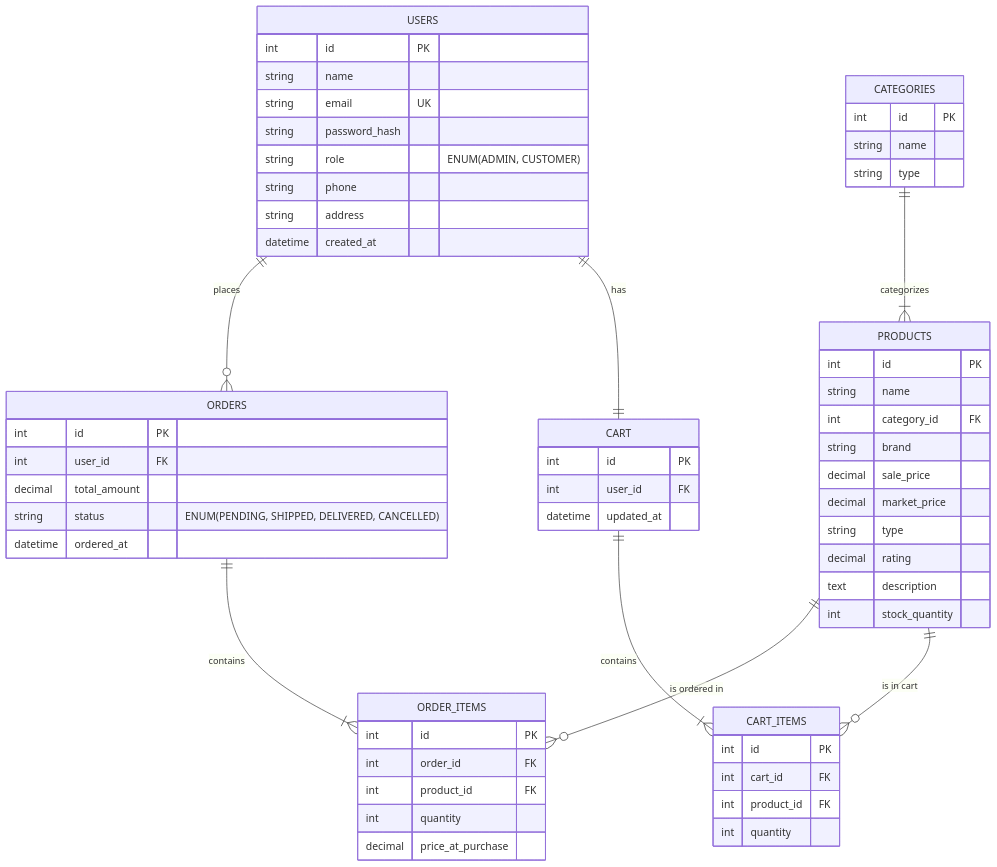
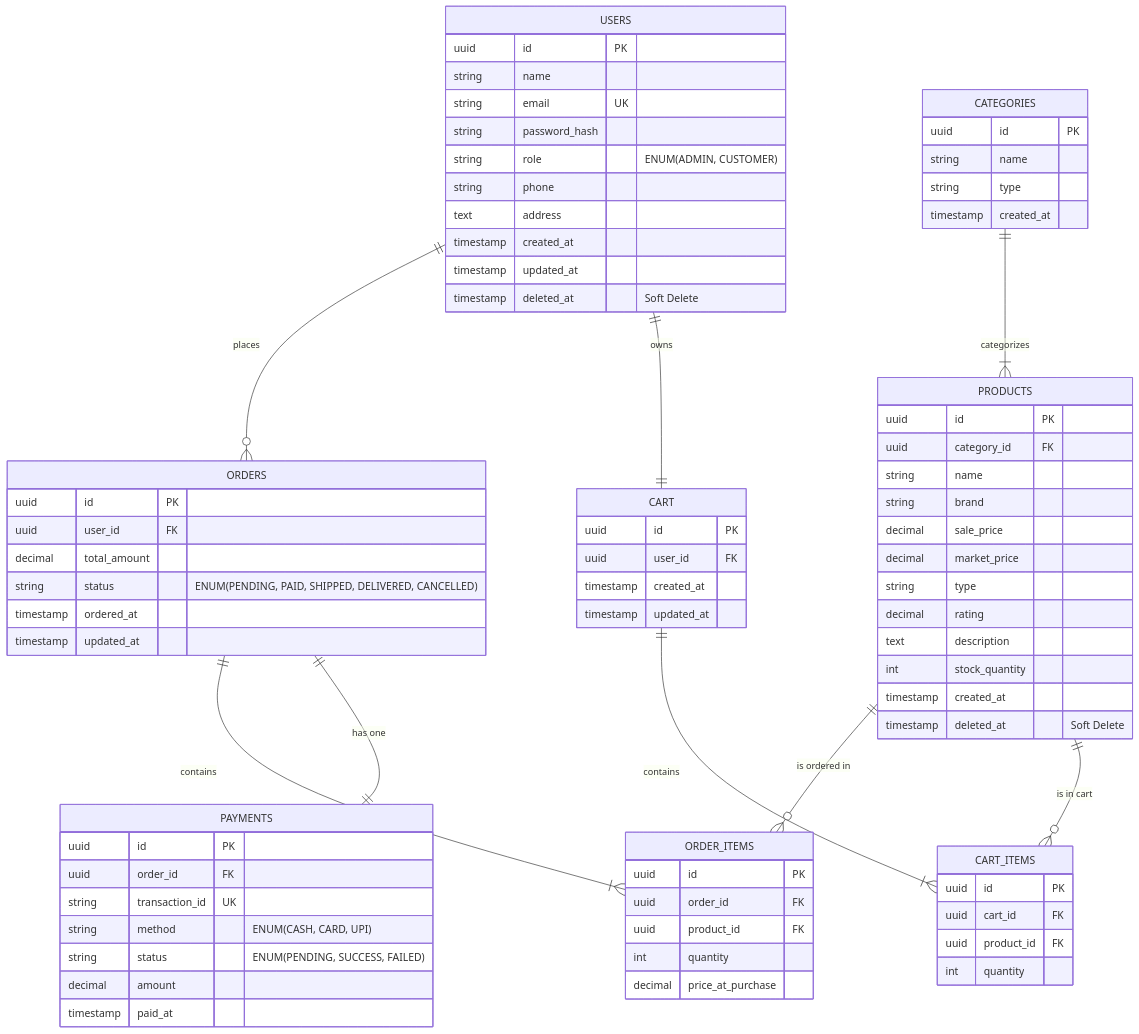
The diagram in ErDiagram.md (surajkewat72/Kirana), drawn with Mermaid before and after one commit. The commit also changed other lines of this file and 4 other files, not shown here.

Commit message:
working on  ArchitectureDesign and  DatabaseDesig

````diff
--- a/ErDiagram.md
+++ b/ErDiagram.md
@@ -3,20 +5,22 @@
 ```mermaid
 erDiagram
     USERS {
-        int id PK
+        uuid id PK
         string name
         string email UK
         string password_hash
         string role "ENUM(ADMIN, CUSTOMER)"
         string phone
-        string address
-        datetime created_at
+        text address
+        timestamp created_at
+        timestamp updated_at
+        timestamp deleted_at "Soft Delete"
     }
 
     PRODUCTS {
-        int id PK
+        uuid id PK
+        uuid category_id FK
         string name
-        int category_id FK
         string brand
         decimal sale_price
         decimal market_price
@@ -24,48 +28,64 @@
         decimal rating
         text description
         int stock_quantity
+        timestamp created_at
+        timestamp deleted_at "Soft Delete"
     }
 
     CATEGORIES {
-        int id PK
+        uuid id PK
         string name
         string type
+        timestamp created_at
     }
 
     ORDERS {
-        int id PK
-        int user_id FK
+        uuid id PK
+        uuid user_id FK
         decimal total_amount
-        string status "ENUM(PENDING, SHIPPED, DELIVERED, CANCELLED)"
-        datetime ordered_at
+        string status "ENUM(PENDING, PAID, SHIPPED, DELIVERED, CANCELLED)"
+        timestamp ordered_at
+        timestamp updated_at
     }
 
     ORDER_ITEMS {
-        int id PK
-        int order_id FK
-        int product_id FK
+        uuid id PK
+        uuid order_id FK
+        uuid product_id FK
         int quantity
         decimal price_at_purchase
     }
 
     CART {
-        int id PK
-        int user_id FK
-        datetime updated_at
+        uuid id PK
+        uuid user_id FK
+        timestamp created_at
+        timestamp updated_at
     }
 
     CART_ITEMS {
-        int id PK
-        int cart_id FK
-        int product_id FK
+        uuid id PK
+        uuid cart_id FK
+        uuid product_id FK
         int quantity
     }
 
+    PAYMENTS {
+        uuid id PK
+        uuid order_id FK
+        string transaction_id UK
+        string method "ENUM(CASH, CARD, UPI)"
+        string status "ENUM(PENDING, SUCCESS, FAILED)"
+        decimal amount
+        timestamp paid_at
+    }
+
     USERS ||--o{ ORDERS : places
-    USERS ||--|| CART : has
+    USERS ||--|| CART : owns
     
     ORDERS ||--|{ ORDER_ITEMS : contains
     CART ||--|{ CART_ITEMS : contains
+    ORDERS ||--|| PAYMENTS : "has one"
 
     PRODUCTS ||--o{ ORDER_ITEMS : "is ordered in"
     PRODUCTS ||--o{ CART_ITEMS : "is in cart"
````
